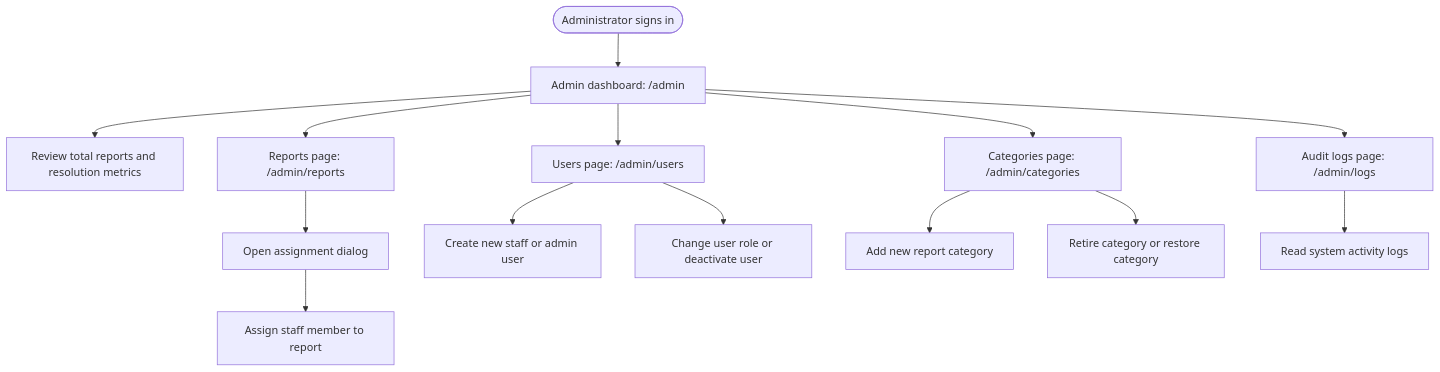
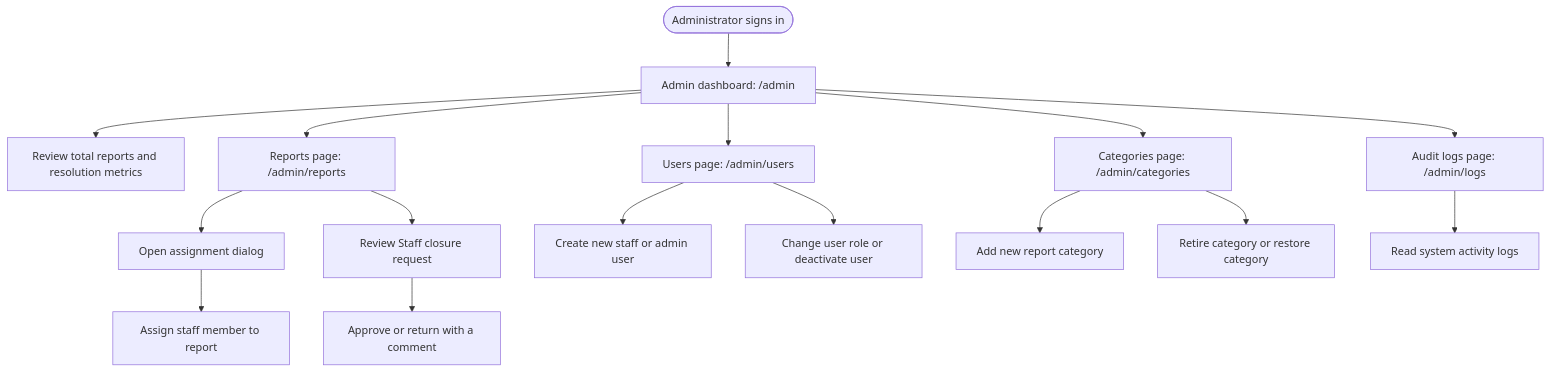
Before and after one commit to 10Plaiz/its122p-NO: the fifth of 5 diagrams in docs/DEVELOPER_JOURNEYS.md, drawn with Mermaid. The commit also changed other lines of this file and 9 other files, not shown here.

````diff
--- a/docs/DEVELOPER_JOURNEYS.md
+++ b/docs/DEVELOPER_JOURNEYS.md
@@ -200,21 +215,23 @@
 ```mermaid
 flowchart TD
     AdminStart(["Administrator signs in"]) --> Dashboard["Admin dashboard: /admin"]
     
     Dashboard --> Metrics["Review total reports and resolution metrics"]
     
     Dashboard --> NavReports["Reports page: /admin/reports"]
     NavReports --> OpenAssignDialog["Open assignment dialog"]
     OpenAssignDialog --> SubmitAssign["Assign staff member to report"]
+    NavReports --> ReviewClosure["Review Staff closure request"]
+    ReviewClosure --> Decision["Approve or return with a comment"]
     
     Dashboard --> NavUsers["Users page: /admin/users"]
     NavUsers --> CreateUser["Create new staff or admin user"]
     NavUsers --> ModifyUser["Change user role or deactivate user"]
     
     Dashboard --> NavCategories["Categories page: /admin/categories"]
     NavCategories --> AddCategory["Add new report category"]
     NavCategories --> RetireRestore["Retire category or restore category"]
     
     Dashboard --> NavLogs["Audit logs page: /admin/logs"]
     NavLogs --> InspectLogs["Read system activity logs"]
 ```
````
